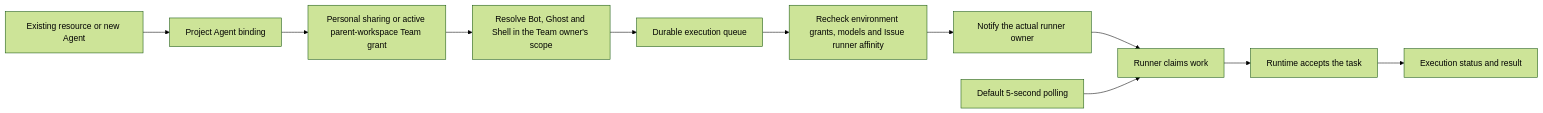
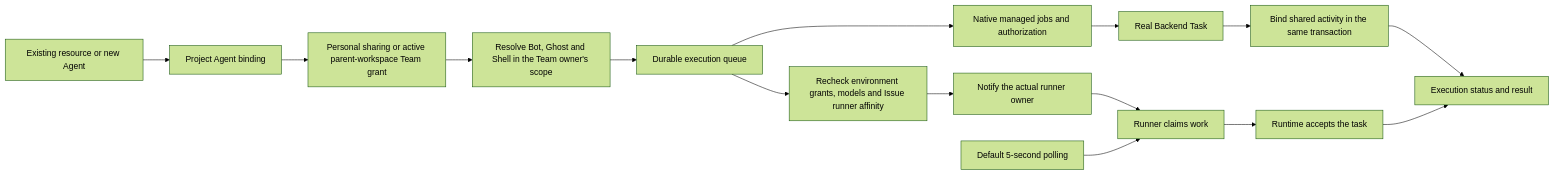
The diagram in docs/wegent/developer-guide/wework-collaboration-execution.md (wecode-ai/wegent-docs), drawn with Mermaid (forest theme) before and after one commit. The commit also changed other lines of this file and 17 other files, not shown here.

````diff
--- a/docs/wegent/developer-guide/wework-collaboration-execution.md
+++ b/docs/wegent/developer-guide/wework-collaboration-execution.md
@@ -10,13 +10,17 @@
 ```mermaid
 flowchart LR
   Selection[Existing resource or new Agent] --> Binding[Project Agent binding]
   Binding --> Access[Personal sharing or active parent-workspace Team grant]
   Access --> Compile[Resolve Bot, Ghost and Shell in the Team owner's scope]
   Compile --> Queue[Durable execution queue]
+  Queue --> Managed[Native managed jobs and authorization]
+  Managed --> Task[Real Backend Task]
+  Task --> Activity[Bind shared activity in the same transaction]
+  Activity --> Status
   Queue --> Routing[Recheck environment grants, models and Issue runner affinity]
   Routing --> Wake[Notify the actual runner owner]
   Wake --> Pull[Runner claims work]
   Poll[Default 5-second polling] --> Pull
   Pull --> Accept[Runtime accepts the task]
   Accept --> Status[Execution status and result]
 ```
````
